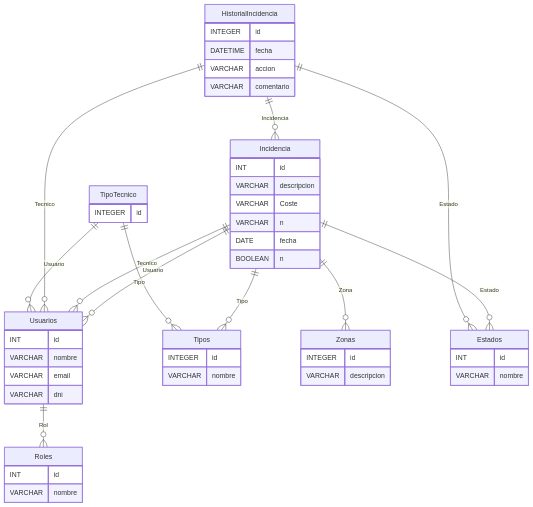
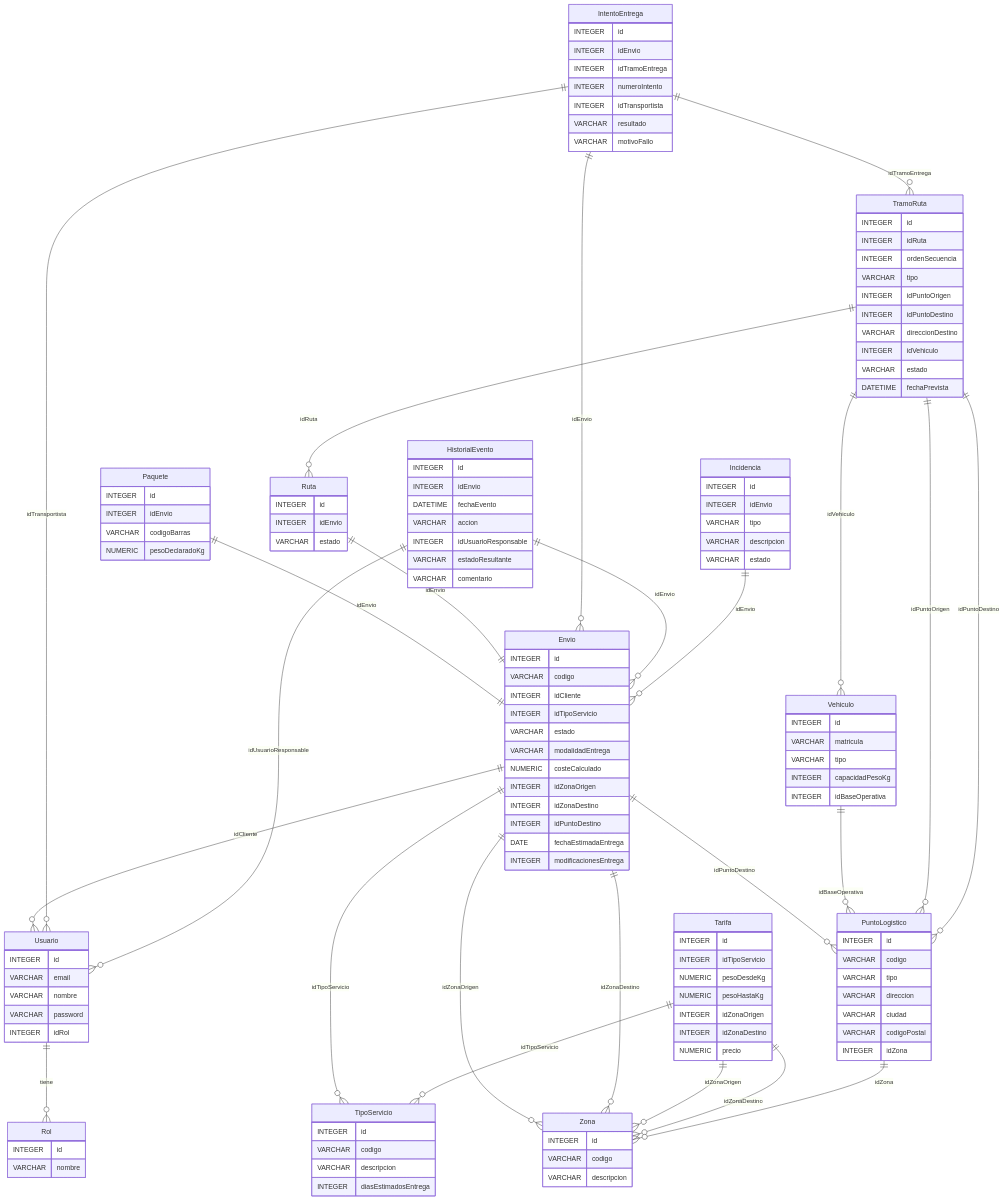
Before and after one commit to uo304430/SI_IzanSanchez_Extraordinaria: the diagram in README.md, drawn with Mermaid. The commit also changed other lines of this file, not shown here.

Commit message:
docs: README actualizado para el dominio de transporte de paquetes

````diff
--- a/README.md
+++ b/README.md
@@ -90,54 +110,136 @@
-``` mermaid
+```mermaid
 erDiagram
-  HistorialIncidencia {
-    INTEGER id
-    DATETIME fecha
-    VARCHAR accion
-    VARCHAR comentario
-  }
-  Usuarios {
-    INT id
-    VARCHAR nombre
-    VARCHAR email
-    VARCHAR dni
-  }
-  Incidencia {
-    INT id
-    VARCHAR descripcion
-    VARCHAR Coste
-    VARCHAR n
-    DATE fecha
-    BOOLEAN n
-  }
-  Tipos {
-    INTEGER id
-    VARCHAR nombre
-  }
-  Zonas {
-    INTEGER id
-    VARCHAR descripcion
-  }
-  Roles {
-    INT id
-    VARCHAR nombre
-  }
-  Estados {
-    INT id
-    VARCHAR nombre
-  }
-  TipoTecnico {
-    INTEGER id
-  }
+    Rol {
+        INTEGER id
+        VARCHAR nombre
+    }
+    Usuario {
+        INTEGER id
+        VARCHAR email
+        VARCHAR nombre
+        VARCHAR password
+        INTEGER idRol
+    }
+    Zona {
+        INTEGER id
+        VARCHAR codigo
+        VARCHAR descripcion
+    }
+    PuntoLogistico {
+        INTEGER id
+        VARCHAR codigo
+        VARCHAR tipo
+        VARCHAR direccion
+        VARCHAR ciudad
+        VARCHAR codigoPostal
+        INTEGER idZona
+    }
+    Vehiculo {
+        INTEGER id
+        VARCHAR matricula
+        VARCHAR tipo
+        INTEGER capacidadPesoKg
+        INTEGER idBaseOperativa
+    }
+    TipoServicio {
+        INTEGER id
+        VARCHAR codigo
+        VARCHAR descripcion
+        INTEGER diasEstimadosEntrega
+    }
+    Tarifa {
+        INTEGER id
+        INTEGER idTipoServicio
+        NUMERIC pesoDesdeKg
+        NUMERIC pesoHastaKg
+        INTEGER idZonaOrigen
+        INTEGER idZonaDestino
+        NUMERIC precio
+    }
+    Envio {
+        INTEGER id
+        VARCHAR codigo
+        INTEGER idCliente
+        INTEGER idTipoServicio
+        VARCHAR estado
+        VARCHAR modalidadEntrega
+        NUMERIC costeCalculado
+        INTEGER idZonaOrigen
+        INTEGER idZonaDestino
+        INTEGER idPuntoDestino
+        DATE fechaEstimadaEntrega
+        INTEGER modificacionesEntrega
+    }
+    Paquete {
+        INTEGER id
+        INTEGER idEnvio
+        VARCHAR codigoBarras
+        NUMERIC pesoDeclaradoKg
+    }
+    Ruta {
+        INTEGER id
+        INTEGER idEnvio
+        VARCHAR estado
+    }
+    TramoRuta {
+        INTEGER id
+        INTEGER idRuta
+        INTEGER ordenSecuencia
+        VARCHAR tipo
+        INTEGER idPuntoOrigen
+        INTEGER idPuntoDestino
+        VARCHAR direccionDestino
+        INTEGER idVehiculo
+        VARCHAR estado
+        DATETIME fechaPrevista
+    }
+    IntentoEntrega {
+        INTEGER id
+        INTEGER idEnvio
+        INTEGER idTramoEntrega
+        INTEGER numeroIntento
+        INTEGER idTransportista
+        VARCHAR resultado
+        VARCHAR motivoFallo
+    }
+    HistorialEvento {
+        INTEGER id
+        INTEGER idEnvio
+        DATETIME fechaEvento
+        VARCHAR accion
+        INTEGER idUsuarioResponsable
+        VARCHAR estadoResultante
+        VARCHAR comentario
+    }
+    Incidencia {
+        INTEGER id
+        INTEGER idEnvio
+        VARCHAR tipo
+        VARCHAR descripcion
+        VARCHAR estado
+    }
 
-  Usuarios ||--o{ Roles : "Rol"
-  Incidencia ||--o{ Tipos : "Tipo"
-  Incidencia ||--o{ Zonas : "Zona"
-  Incidencia ||--o{ Usuarios : "Usuario"
-  Incidencia ||--o{ Usuarios : "Tecnico"
-  Incidencia ||--o{ Estados : "Estado"
-  HistorialIncidencia ||--o{ Incidencia : "Incidencia"
-  HistorialIncidencia ||--o{ Usuarios : "Tecnico"
-  HistorialIncidencia ||--o{ Estados : "Estado"
-  TipoTecnico ||--o{ Usuarios : "Usuario"
-  TipoTecnico ||--o{ Tipos : "Tipo"
+    Usuario ||--o{ Rol : "tiene"
+    Envio ||--o{ Usuario : "idCliente"
+    Envio ||--o{ TipoServicio : "idTipoServicio"
+    Envio ||--o{ Zona : "idZonaOrigen"
+    Envio ||--o{ Zona : "idZonaDestino"
+    Envio ||--o{ PuntoLogistico : "idPuntoDestino"
+    Tarifa ||--o{ TipoServicio : "idTipoServicio"
+    Tarifa ||--o{ Zona : "idZonaOrigen"
+    Tarifa ||--o{ Zona : "idZonaDestino"
+    Paquete ||--|| Envio : "idEnvio"
+    PuntoLogistico ||--o{ Zona : "idZona"
+    Vehiculo ||--o{ PuntoLogistico : "idBaseOperativa"
+    Ruta ||--|| Envio : "idEnvio"
+    TramoRuta ||--o{ Ruta : "idRuta"
+    TramoRuta ||--o{ PuntoLogistico : "idPuntoOrigen"
+    TramoRuta ||--o{ PuntoLogistico : "idPuntoDestino"
+    TramoRuta ||--o{ Vehiculo : "idVehiculo"
+    IntentoEntrega ||--o{ Envio : "idEnvio"
+    IntentoEntrega ||--o{ TramoRuta : "idTramoEntrega"
+    IntentoEntrega ||--o{ Usuario : "idTransportista"
+    HistorialEvento ||--o{ Envio : "idEnvio"
+    HistorialEvento ||--o{ Usuario : "idUsuarioResponsable"
+    Incidencia ||--o{ Envio : "idEnvio"
 ```
````
